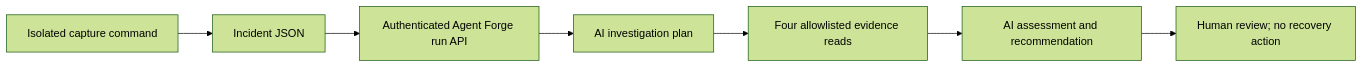
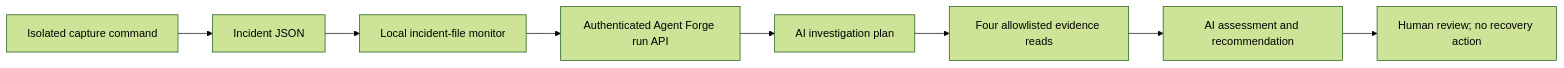
Before and after one commit to Rafalski/stream-challenge: the first of 2 diagrams in docs/AGENT_FORGE_DEMO.md, drawn with Mermaid (forest theme). The commit also changed other lines of this file and 5 other files, not shown here.

````diff
--- a/docs/AGENT_FORGE_DEMO.md
+++ b/docs/AGENT_FORGE_DEMO.md
@@ -5,9 +5,10 @@
 ```mermaid
 flowchart LR
     C[Isolated capture command] --> I[Incident JSON]
-    I --> A[Authenticated Agent Forge run API]
+    I --> M[Local incident-file monitor]
+    M --> A[Authenticated Agent Forge run API]
     A --> P[AI investigation plan]
     P --> T[Four allowlisted evidence reads]
     T --> R[AI assessment and recommendation]
     R --> H[Human review; no recovery action]
 ```
````
